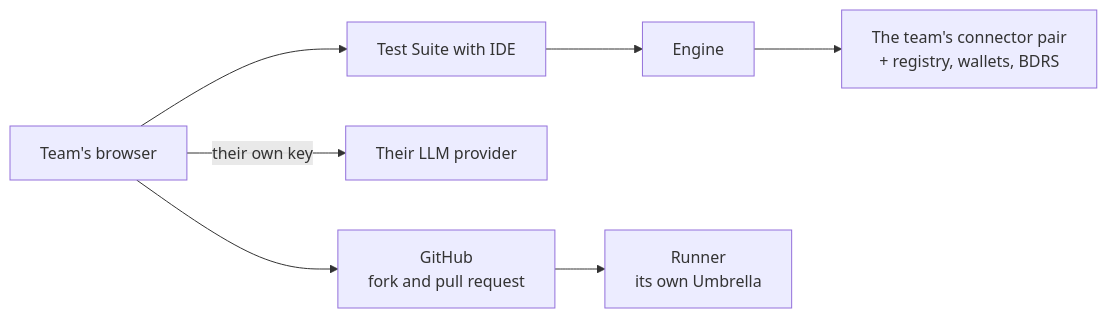
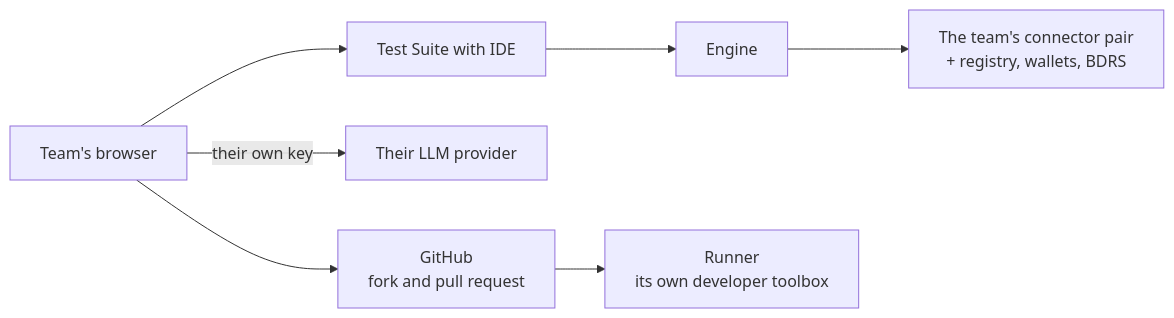
One commit to eclipse-tractusx/tutorial-resources changed the diagram in e2e-testing/docs/admin/index.md. Above: the diagram before and after it, drawn with Mermaid. The commit also changed 15 other files, not shown here.

First line of the commit message:
feat(e2e-testing): call the in-runner dataspace the Eclipse Tractus-X developer toolbox

````diff
--- a/e2e-testing/docs/admin/index.md
+++ b/e2e-testing/docs/admin/index.md
@@ -21,9 +21,9 @@
 ```mermaid
 flowchart LR
     B["Team's browser"] --> IDE["Test Suite with IDE"]
     B -->|"their own key"| LLM["Their LLM provider"]
     IDE --> ENG["Engine"]
     ENG --> PAIR["The team's connector pair<br/>+ registry, wallets, BDRS"]
     B --> GH["GitHub<br/>fork and pull request"]
-    GH --> RUN["Runner<br/>its own Umbrella"]
+    GH --> RUN["Runner<br/>its own developer toolbox"]
 ```
````
